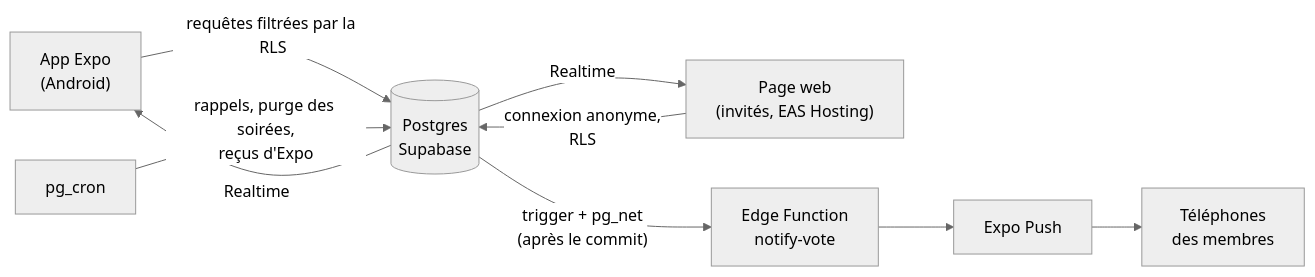
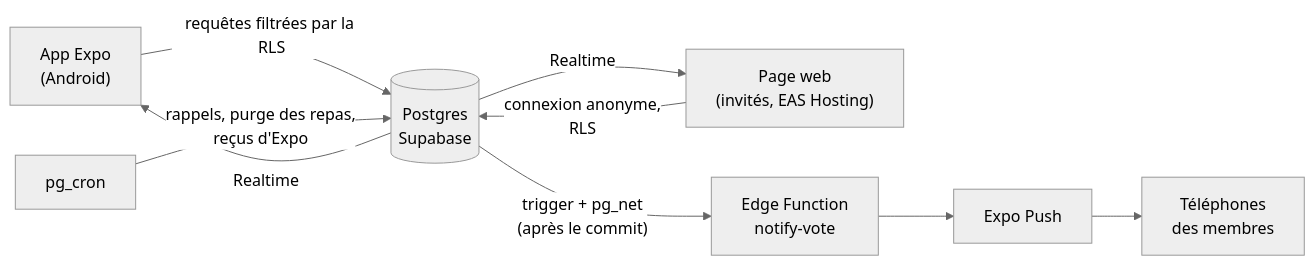
One commit to BryanChn/on-mange-quoi changed the diagram in README.md. Above: the diagram before and after it, drawn with Mermaid (neutral theme). The commit also changed other lines of this file and 13 other files, not shown here.

````diff
--- a/README.md
+++ b/README.md
@@ -44,10 +44,10 @@
 ```mermaid
 flowchart LR
     App["App Expo<br/>(Android)"] -- "requêtes filtrées par la RLS" --> DB[("Postgres<br/>Supabase")]
     Web["Page web<br/>(invités, EAS Hosting)"] -- "connexion anonyme,<br/>RLS" --> DB
     DB -- "Realtime" --> App
     DB -- "Realtime" --> Web
     DB -- "trigger + pg_net<br/>(après le commit)" --> Fn["Edge Function<br/>notify-vote"]
     Fn --> Expo["Expo Push"] --> Phone["Téléphones<br/>des membres"]
-    Cron["pg_cron"] -- "rappels, purge des soirées,<br/>reçus d'Expo" --> DB
+    Cron["pg_cron"] -- "rappels, purge des repas,<br/>reçus d'Expo" --> DB
 ```
````
